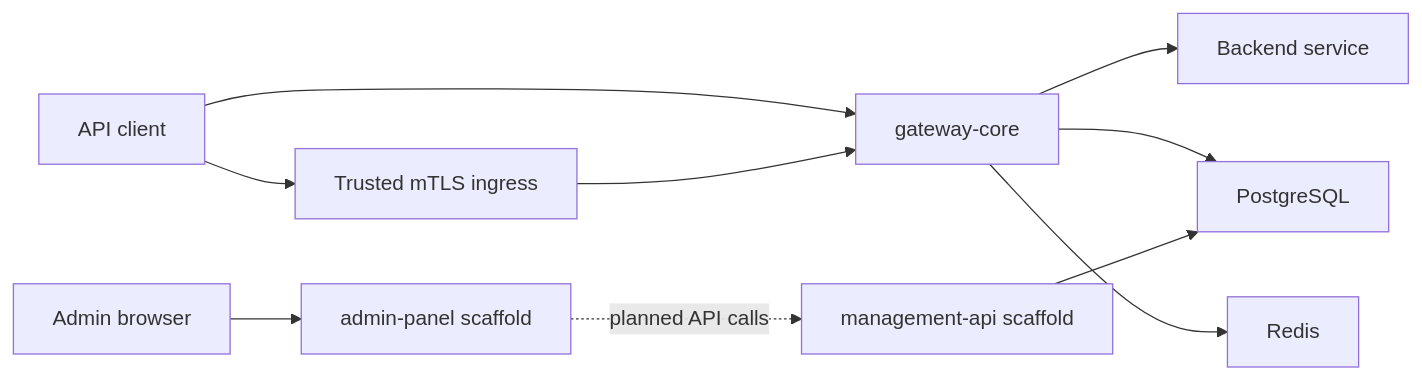
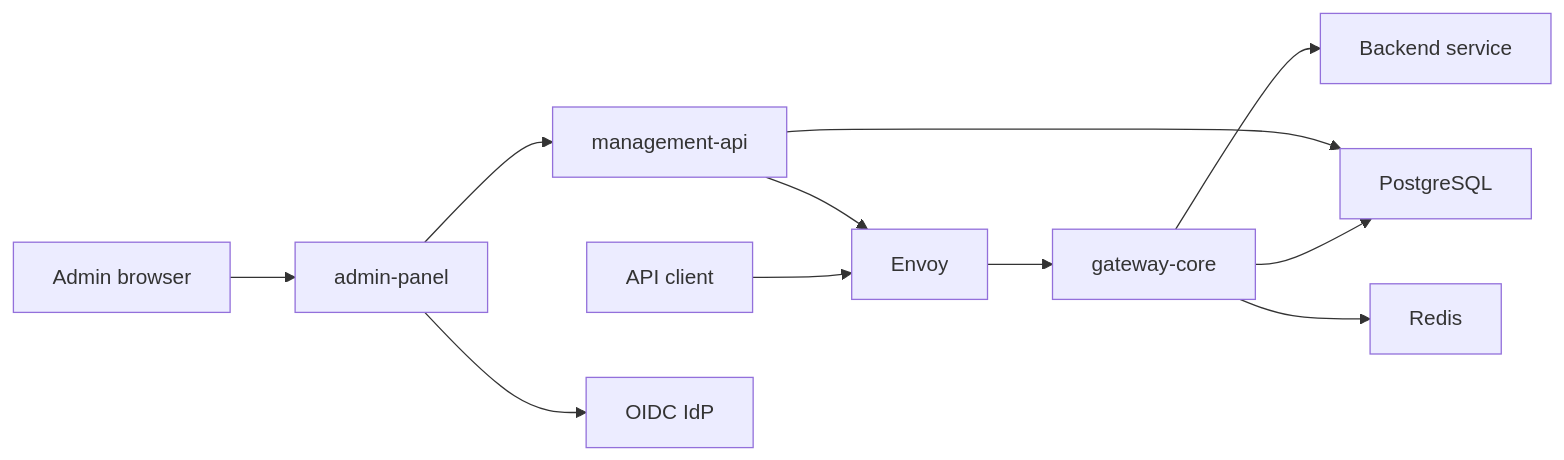
The diagram in docs/00-map/Project Map.md (c4rl0s04/api-gateway-platform), drawn with Mermaid before and after one commit. The commit also changed other lines of this file and 16 other files, not shown here.

Commit message:
docs(mtls): document multi-client pki architecture

````diff
--- a/docs/00-map/Project Map.md
+++ b/docs/00-map/Project Map.md
@@ -37,12 +38,13 @@
 ```mermaid
 flowchart LR
-    CLIENT["API client"] --> GATEWAY["gateway-core"]
+    CLIENT["API client"] --> INGRESS["Envoy"]
+    INGRESS --> GATEWAY["gateway-core"]
     GATEWAY --> BACKEND["Backend service"]
     GATEWAY --> DATABASE["PostgreSQL"]
     GATEWAY --> REDIS["Redis"]
-    CLIENT --> INGRESS["Trusted mTLS ingress"]
-    INGRESS --> GATEWAY
-    ADMIN["Admin browser"] --> PANEL["admin-panel scaffold"]
-    PANEL -. "planned API calls" .-> MANAGEMENT["management-api scaffold"]
+    ADMIN["Admin browser"] --> PANEL["admin-panel"]
+    PANEL --> MANAGEMENT["management-api"]
+    PANEL --> KEYCLOAK["OIDC IdP"]
     MANAGEMENT --> DATABASE
+    MANAGEMENT --> INGRESS
 ```
````
